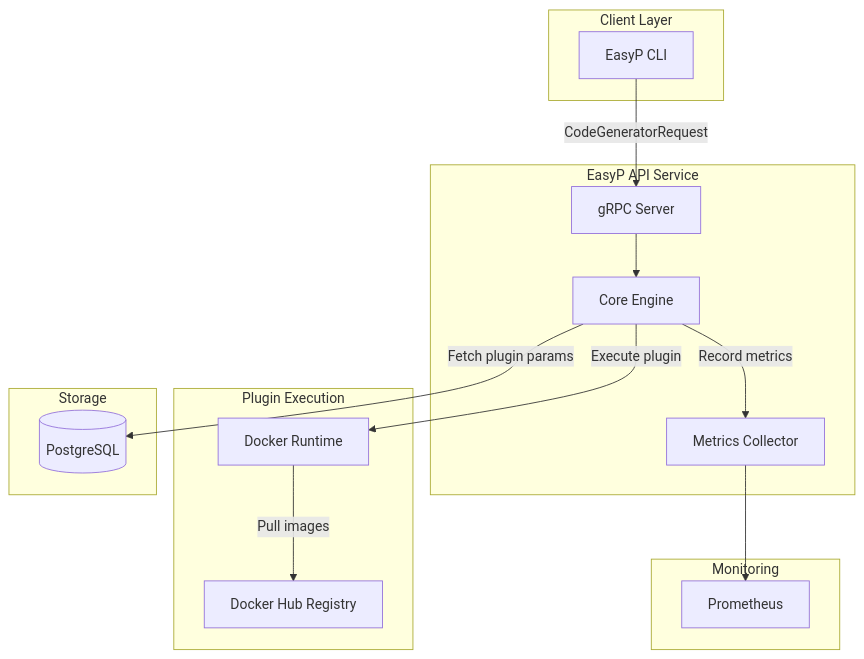
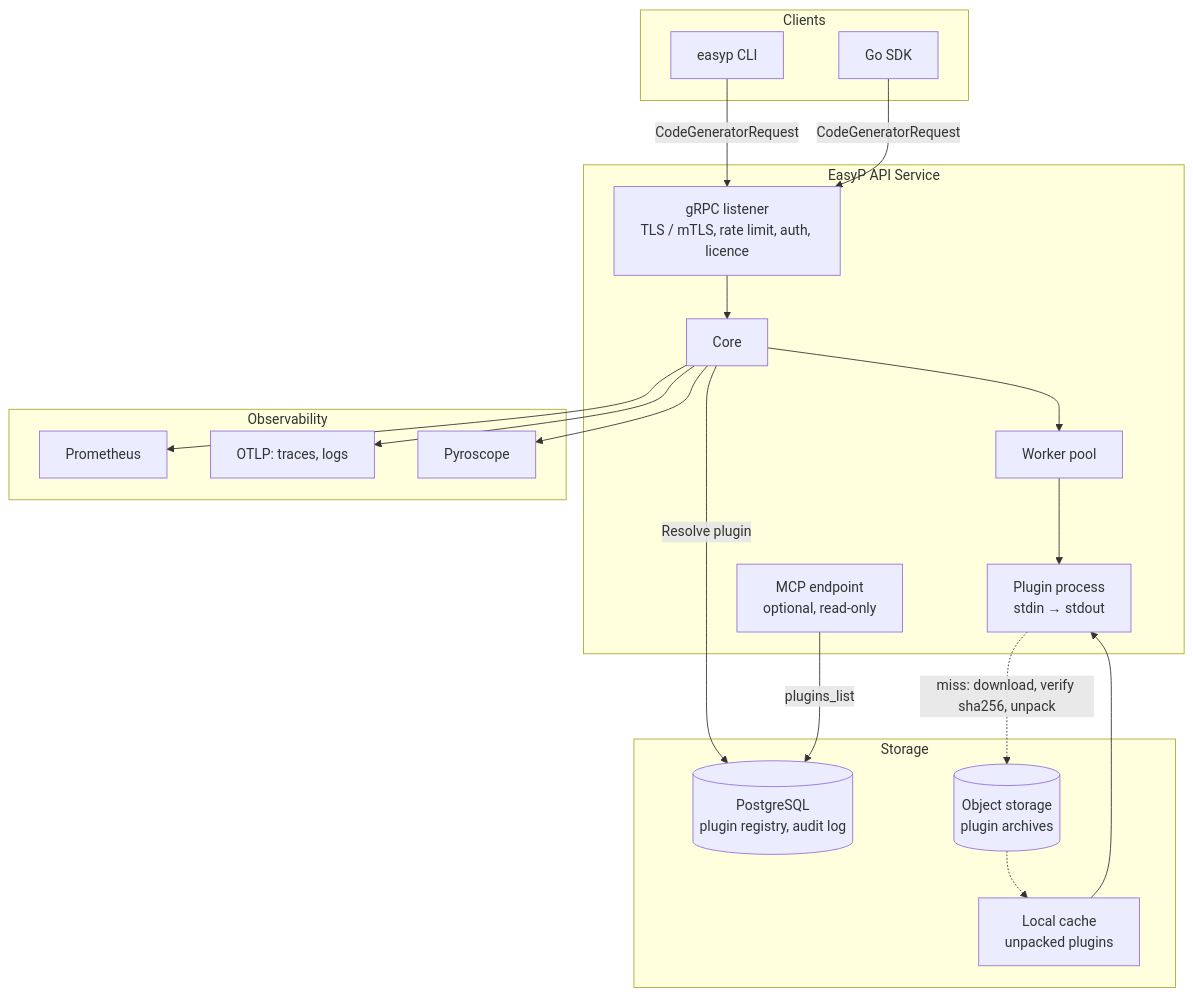
Before and after one commit to easyp-tech/docs: the first of 2 diagrams in content/docs/api-service/overview.mdx, drawn with Mermaid. The commit also changed other lines of this file and 1 other file, not shown here.

First line of the commit message:
api-service: describe the service that exists, not a Docker one

````diff
--- a/content/docs/api-service/overview.mdx
+++ b/content/docs/api-service/overview.mdx
@@ -47,36 +44,41 @@
 ```mermaid
 graph TB
-    subgraph "Client Layer"
-        CLI[EasyP CLI]
+    subgraph "Clients"
+        CLI[easyp CLI]
+        SDK[Go SDK]
     end
-    
+
     subgraph "EasyP API Service"
-        GRPC[gRPC Server]
-        CORE[Core Engine]
-        METRICS[Metrics Collector]
+        GRPC[gRPC listener<br/>TLS / mTLS, rate limit, auth, licence]
+        CORE[Core]
+        POOL[Worker pool]
+        PLUGIN[Plugin process<br/>stdin → stdout]
+        MCP[MCP endpoint<br/>optional, read-only]
     end
-    
-    subgraph "Plugin Execution"
-        DOCKER[Docker Runtime]
-        REGISTRY[Docker Hub Registry]
+
+    subgraph "Storage"
+        DB[(PostgreSQL<br/>plugin registry, audit log)]
+        S3[(Object storage<br/>plugin archives)]
+        CACHE[Local cache<br/>unpacked plugins]
     end
-    
-    subgraph "Storage"
-        DB[(PostgreSQL)]
+
+    subgraph "Observability"
+        PROM[Prometheus]
+        OTLP[OTLP: traces, logs]
+        PYRO[Pyroscope]
     end
-    
-    subgraph "Monitoring"
-        PROM[Prometheus]
-    end
-    
+
     CLI -->|CodeGeneratorRequest| GRPC
+    SDK -->|CodeGeneratorRequest| GRPC
     GRPC --> CORE
-    
-    CORE -->|Fetch plugin params| DB
-    CORE -->|Execute plugin| DOCKER
-    CORE -->|Record metrics| METRICS
-    
-    DOCKER -->|Pull images| REGISTRY
-    
-    METRICS --> PROM
+    CORE -->|Resolve plugin| DB
+    CORE --> POOL
+    POOL --> PLUGIN
+    PLUGIN -.->|miss: download, verify sha256, unpack| S3
+    S3 -.-> CACHE
+    CACHE --> PLUGIN
+    CORE --> PROM
+    CORE --> OTLP
+    CORE --> PYRO
+    MCP -->|plugins_list| DB
 ```
````
